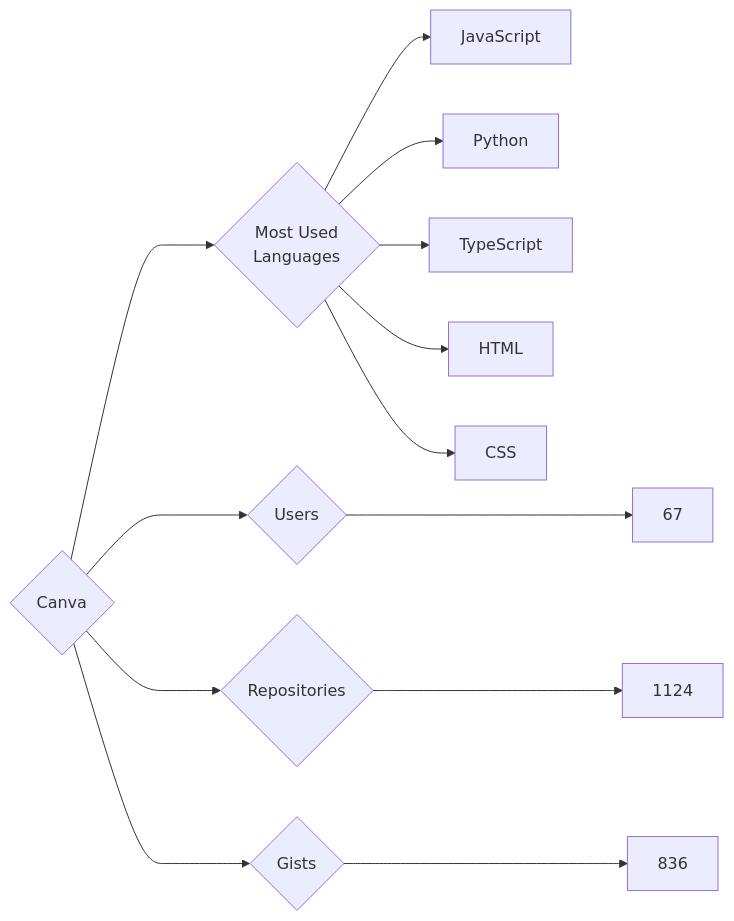
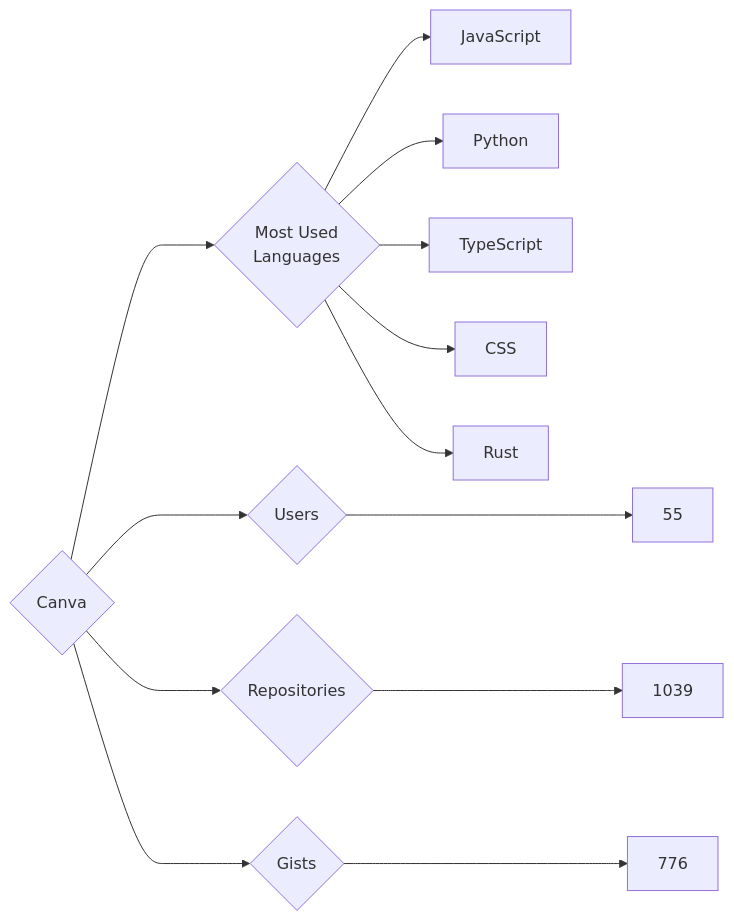
Before and after one commit to trickest/insiders: the diagram in targets/Canva/README.md, drawn with Mermaid. The commit also changed 930 other files, not shown here.

````diff
--- a/targets/Canva/README.md
+++ b/targets/Canva/README.md
@@ -3,13 +3,13 @@
 ```mermaid
 graph LR
 COMPANY_NAME{Canva}
-COMPANY_NAME ---> U{Users} ---> UN[67]
-COMPANY_NAME ---> R{Repositories} ---> RN[1124]
-COMPANY_NAME ---> G{Gists} ---> GN[836]
+COMPANY_NAME ---> U{Users} ---> UN[55]
+COMPANY_NAME ---> R{Repositories} ---> RN[1039]
+COMPANY_NAME ---> G{Gists} ---> GN[776]
 COMPANY_NAME ---> ML{Most Used<br>Languages}
 ML --> JavaScript[JavaScript]
 ML --> Python[Python]
 ML --> TypeScript[TypeScript]
-ML --> HTML[HTML]
 ML --> CSS[CSS]
+ML --> Rust[Rust]
 ```
````
